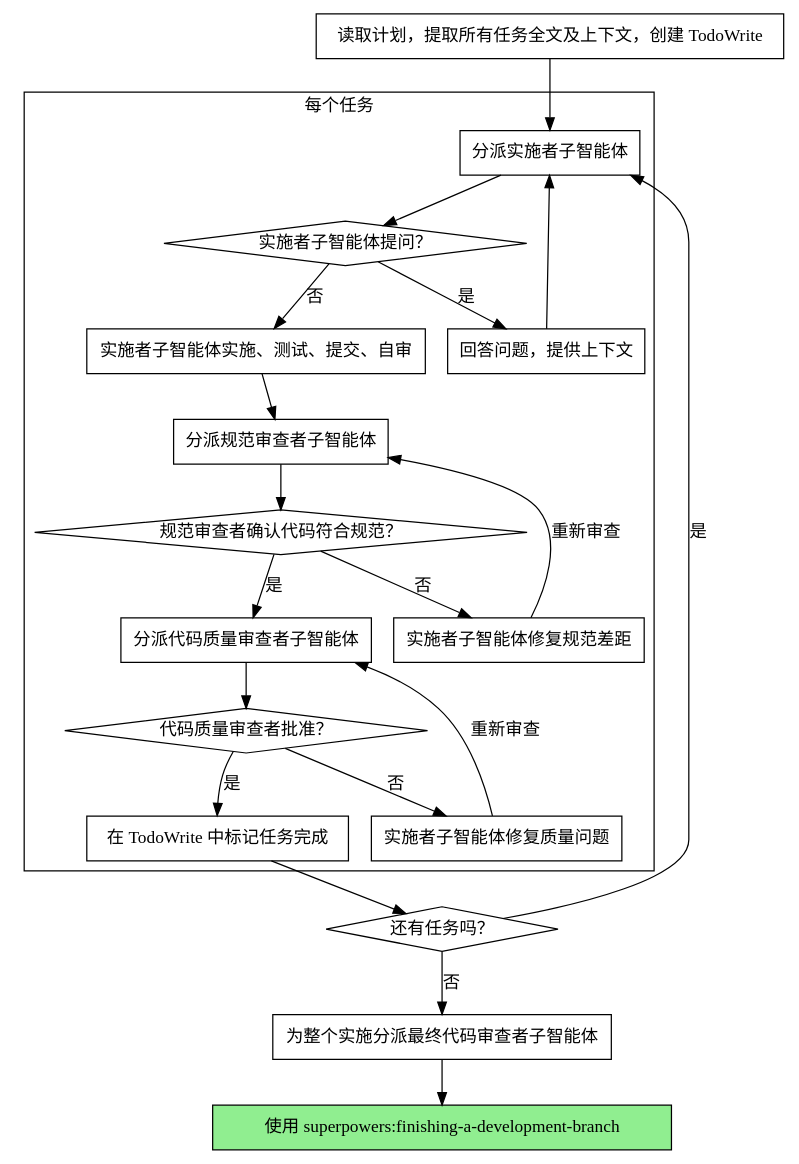
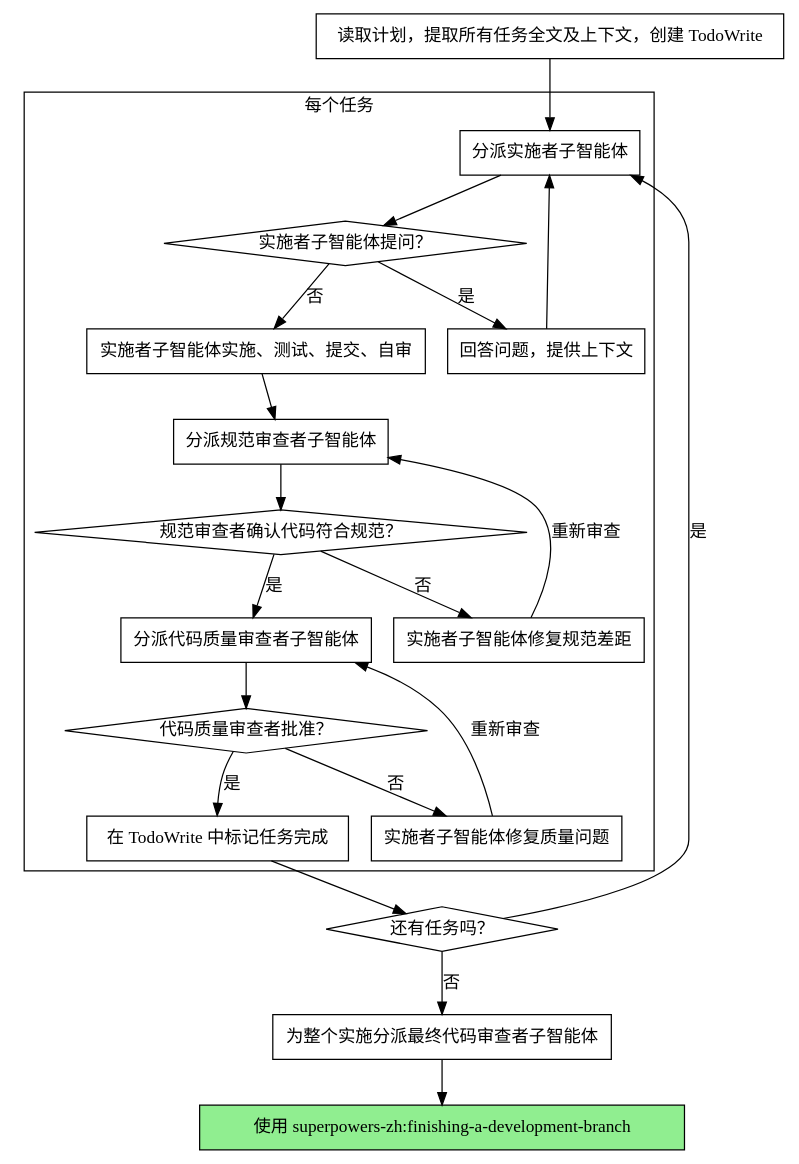
The second of 2 diagrams in skills/subagent-driven-development/SKILL.md (joeLin2025/superpowers-zh), drawn with Graphviz before and after one commit. The commit also changed other lines of this file and 87 other files, not shown here.

````diff
--- a/skills/subagent-driven-development/SKILL.md
+++ b/skills/subagent-driven-development/SKILL.md
@@ -40,44 +40,44 @@
 ```dot
 digraph process {
     rankdir=TB;
 
     subgraph cluster_per_task {
         label="每个任务";
         "Dispatch implementer subagent (./implementer-prompt.md)" [shape=box, label="分派实施者子智能体"];
         "Implementer subagent asks questions?" [shape=diamond, label="实施者子智能体提问？"];
         "Answer questions, provide context" [shape=box, label="回答问题，提供上下文"];
         "Implementer subagent implements, tests, commits, self-reviews" [shape=box, label="实施者子智能体实施、测试、提交、自审"];
         "Dispatch spec reviewer subagent (./spec-reviewer-prompt.md)" [shape=box, label="分派规范审查者子智能体"];
         "Spec reviewer subagent confirms code matches spec?" [shape=diamond, label="规范审查者确认代码符合规范？"];
         "Implementer subagent fixes spec gaps" [shape=box, label="实施者子智能体修复规范差距"];
         "Dispatch code quality reviewer subagent (./code-quality-reviewer-prompt.md)" [shape=box, label="分派代码质量审查者子智能体"];
         "Code quality reviewer subagent approves?" [shape=diamond, label="代码质量审查者批准？"];
         "Implementer subagent fixes quality issues" [shape=box, label="实施者子智能体修复质量问题"];
         "Mark task complete in TodoWrite" [shape=box, label="在 TodoWrite 中标记任务完成"];
     }
 
     "Read plan, extract all tasks with full text, note context, create TodoWrite" [shape=box, label="读取计划，提取所有任务全文及上下文，创建 TodoWrite"];
     "More tasks remain?" [shape=diamond, label="还有任务吗？"];
     "Dispatch final code reviewer subagent for entire implementation" [shape=box, label="为整个实施分派最终代码审查者子智能体"];
-    "Use superpowers:finishing-a-development-branch" [shape=box, style=filled, fillcolor=lightgreen, label="使用 superpowers:finishing-a-development-branch"];
+    "Use superpowers-zh:finishing-a-development-branch" [shape=box, style=filled, fillcolor=lightgreen, label="使用 superpowers-zh:finishing-a-development-branch"];
 
     "Read plan, extract all tasks with full text, note context, create TodoWrite" -> "Dispatch implementer subagent (./implementer-prompt.md)";
     "Dispatch implementer subagent (./implementer-prompt.md)" -> "Implementer subagent asks questions?";
     "Implementer subagent asks questions?" -> "Answer questions, provide context" [label="是"];
     "Answer questions, provide context" -> "Dispatch implementer subagent (./implementer-prompt.md)";
     "Implementer subagent asks questions?" -> "Implementer subagent implements, tests, commits, self-reviews" [label="否"];
     "Implementer subagent implements, tests, commits, self-reviews" -> "Dispatch spec reviewer subagent (./spec-reviewer-prompt.md)";
     "Dispatch spec reviewer subagent (./spec-reviewer-prompt.md)" -> "Spec reviewer subagent confirms code matches spec?";
     "Spec reviewer subagent confirms code matches spec?" -> "Implementer subagent fixes spec gaps" [label="否"];
     "Implementer subagent fixes spec gaps" -> "Dispatch spec reviewer subagent (./spec-reviewer-prompt.md)" [label="重新审查"];
     "Spec reviewer subagent confirms code matches spec?" -> "Dispatch code quality reviewer subagent (./code-quality-reviewer-prompt.md)" [label="是"];
     "Dispatch code quality reviewer subagent (./code-quality-reviewer-prompt.md)" -> "Code quality reviewer subagent approves?";
     "Code quality reviewer subagent approves?" -> "Implementer subagent fixes quality issues" [label="否"];
     "Implementer subagent fixes quality issues" -> "Dispatch code quality reviewer subagent (./code-quality-reviewer-prompt.md)" [label="重新审查"];
     "Code quality reviewer subagent approves?" -> "Mark task complete in TodoWrite" [label="是"];
     "Mark task complete in TodoWrite" -> "More tasks remain?";
     "More tasks remain?" -> "Dispatch implementer subagent (./implementer-prompt.md)" [label="是"];
     "More tasks remain?" -> "Dispatch final code reviewer subagent for entire implementation" [label="否"];
-    "Dispatch final code reviewer subagent for entire implementation" -> "Use superpowers:finishing-a-development-branch";
+    "Dispatch final code reviewer subagent for entire implementation" -> "Use superpowers-zh:finishing-a-development-branch";
 }
 ```
````
